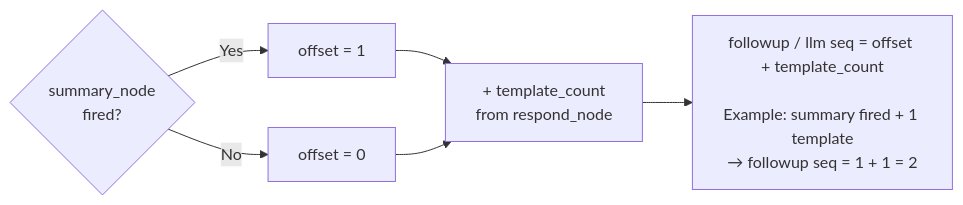
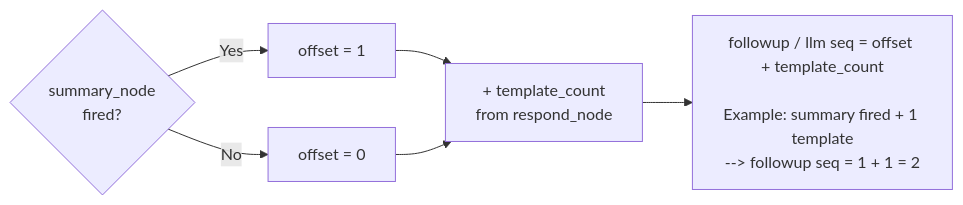
Before and after one commit to sachin-hg/chat-bot: the third of 3 diagrams in docs/api/sse-contract.md, drawn with Mermaid. The commit also changed 15 other files, not shown here.

````diff
--- a/docs/api/sse-contract.md
+++ b/docs/api/sse-contract.md
@@ -311,9 +311,9 @@
 ```mermaid
 graph LR
     SU{summary_node\nfired?}
     SU -->|Yes| OFF1[offset = 1]
     SU -->|No| OFF0[offset = 0]
     OFF1 --> TC[+ template_count\nfrom respond_node]
     OFF0 --> TC
-    TC --> SEQ["followup / llm seq = offset + template_count\n\nExample: summary fired + 1 template\n→ followup seq = 1 + 1 = 2"]
+    TC --> SEQ["followup / llm seq = offset + template_count\n\nExample: summary fired + 1 template\n--> followup seq = 1 + 1 = 2"]
 ```
````
